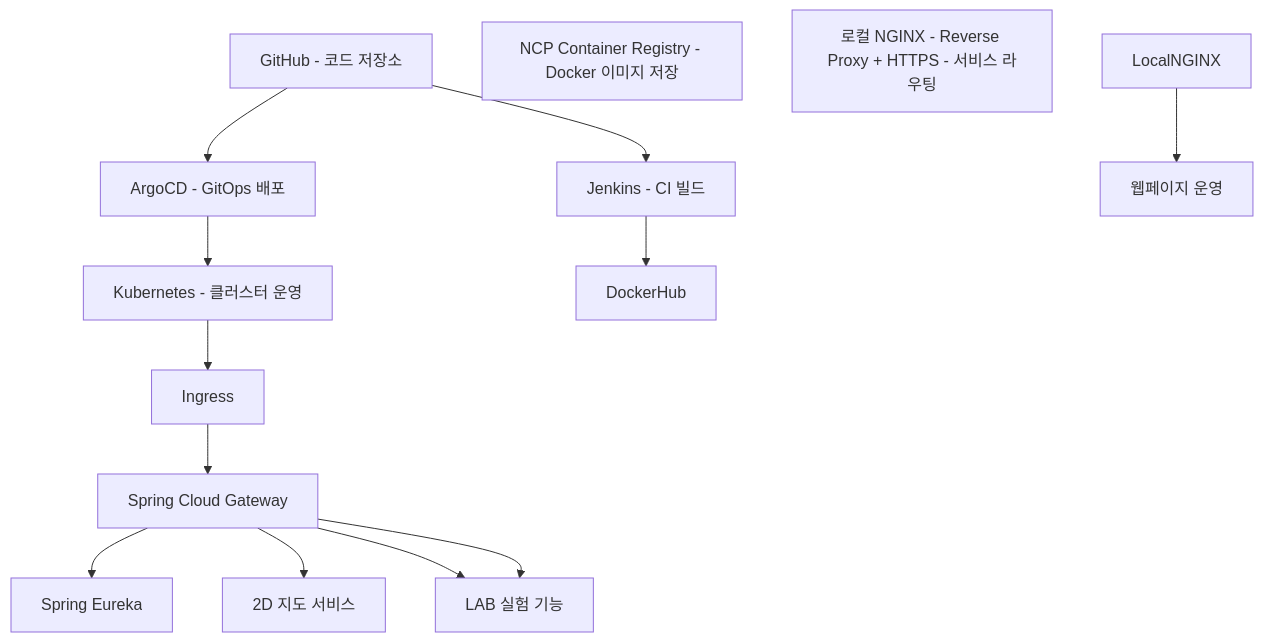
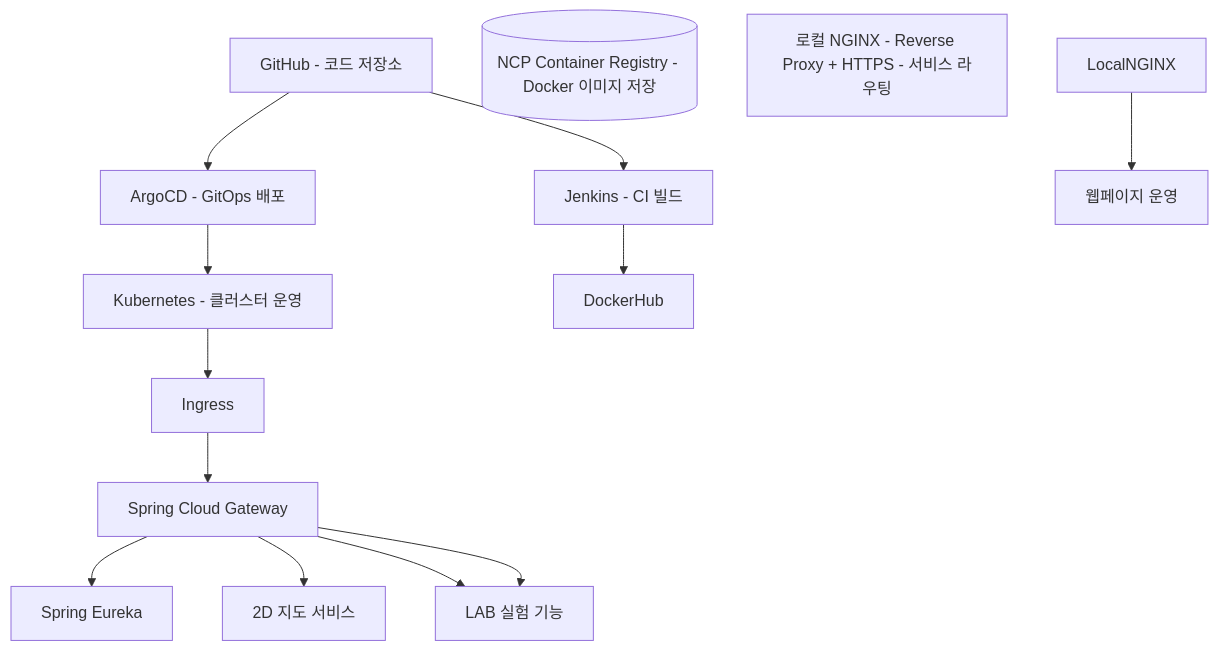
The diagram in README.md (stylealist/sj-lab), drawn with Mermaid before and after one commit.

Commit message:
시스템 아키텍처 구조 변경

````diff
--- a/README.md
+++ b/README.md
@@ -30,23 +30,23 @@
 ```mermaid
 graph TD
   GitHub[GitHub - 코드 저장소]
   Jenkins[Jenkins - CI 빌드]
-  ncpRegistry["NCP Container Registry - Docker 이미지 저장"]
+  ncpRegistry[("NCP Container Registry - Docker 이미지 저장")]
   ArgoCD[ArgoCD - GitOps 배포]
   K8s[Kubernetes - 클러스터 운영]
   kubernetesNGINX[웹페이지 운영]
   localNGINX[로컬 NGINX - Reverse Proxy + HTTPS - 서비스 라우팅]
   Eureka[Spring Eureka]
   Gateway[Spring Cloud Gateway]
   map[2D 지도 서비스]
   미정[3D 시뮬레이션]
   미정[LAB 실험 기능]
 
   GitHub --> Jenkins --> DockerHub
   GitHub --> ArgoCD --> K8s
   K8s --> Ingress --> Gateway --> Eureka
   Gateway --> map
   Gateway --> 미정
   Gateway --> 미정
   LocalNGINX --> kubernetesNGINX
 ```
````
